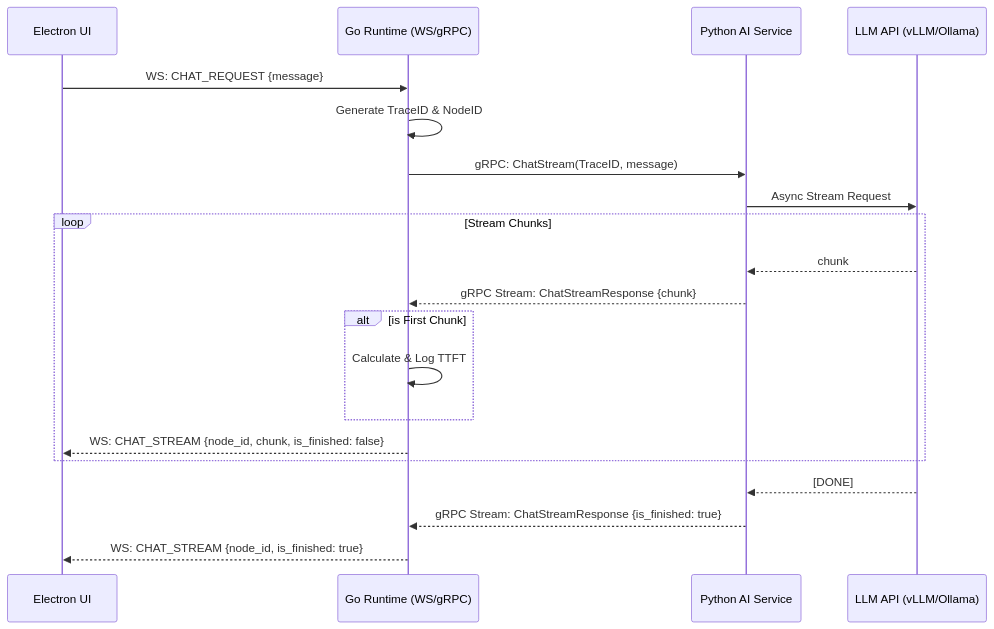
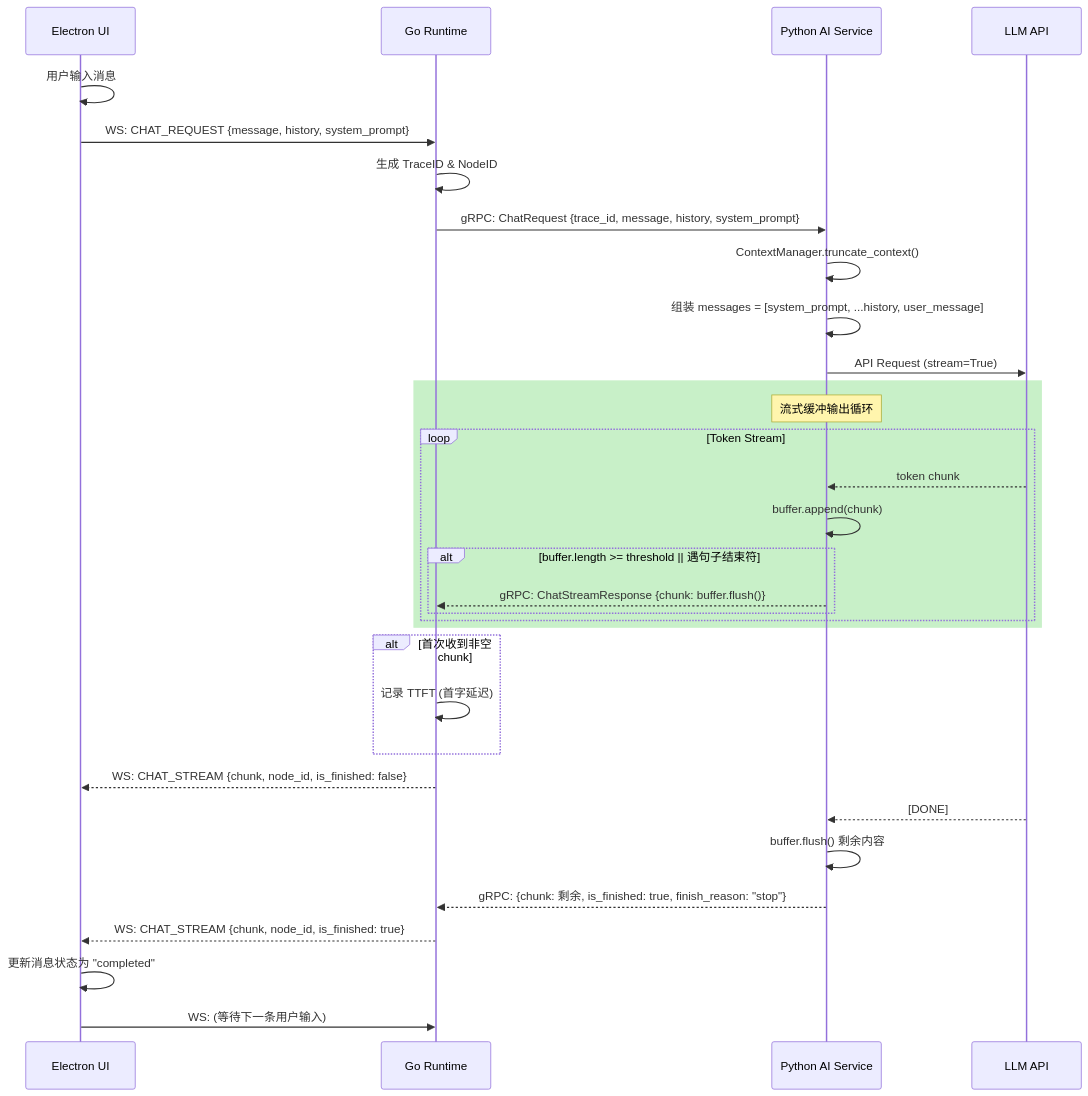
Before and after one commit to xie480/Luna-AI: the diagram in backend/docs/plans/phase2_plan.md, drawn with Mermaid. The commit also changed other lines of this file and 27 other files, not shown here.

````diff
--- a/backend/docs/plans/phase2_plan.md
+++ b/backend/docs/plans/phase2_plan.md
@@ -124,27 +192,41 @@
 ```mermaid
 sequenceDiagram
     participant UI as Electron UI
-    participant Go as Go Runtime (WS/gRPC)
+    participant Go as Go Runtime
     participant Py as Python AI Service
-    participant LLM as LLM API (vLLM/Ollama)
+    participant LLM as LLM API
 
-    UI->>Go: WS: CHAT_REQUEST {message}
-    Go->>Go: Generate TraceID & NodeID
-    Go->>Py: gRPC: ChatStream(TraceID, message)
-    Py->>LLM: Async Stream Request
+    UI->>UI: 用户输入消息
+    UI->>Go: WS: CHAT_REQUEST {message, history, system_prompt}
+    Go->>Go: 生成 TraceID & NodeID
+    Go->>Py: gRPC: ChatRequest {trace_id, message, history, system_prompt}
     
-    loop Stream Chunks
-        LLM-->>Py: chunk
-        Py-->>Go: gRPC Stream: ChatStreamResponse {chunk}
-        
-        alt is First Chunk
-            Go->>Go: Calculate & Log TTFT
+    Py->>Py: ContextManager.truncate_context()
+    Py->>Py: 组装 messages = [system_prompt, ...history, user_message]
+    Py->>LLM: API Request (stream=True)
+    
+    rect rgb(200, 240, 200)
+        Note over Py: 流式缓冲输出循环
+        loop Token Stream
+            LLM-->>Py: token chunk
+            Py->>Py: buffer.append(chunk)
+            alt buffer.length >= threshold || 遇句子结束符
+                Py-->>Go: gRPC: ChatStreamResponse {chunk: buffer.flush()}
+            end
         end
-        
-        Go-->>UI: WS: CHAT_STREAM {node_id, chunk, is_finished: false}
     end
     
+    alt 首次收到非空 chunk
+        Go->>Go: 记录 TTFT (首字延迟)
+    end
+    
+    Go-->>UI: WS: CHAT_STREAM {chunk, node_id, is_finished: false}
+    
     LLM-->>Py: [DONE]
-    Py-->>Go: gRPC Stream: ChatStreamResponse {is_finished: true}
-    Go-->>UI: WS: CHAT_STREAM {node_id, is_finished: true}
+    Py->>Py: buffer.flush() 剩余内容
+    Py-->>Go: gRPC: {chunk: 剩余, is_finished: true, finish_reason: "stop"}
+    Go-->>UI: WS: CHAT_STREAM {chunk, node_id, is_finished: true}
+    
+    UI->>UI: 更新消息状态为 "completed"
+    UI->>Go: WS: (等待下一条用户输入)
 ```
````
